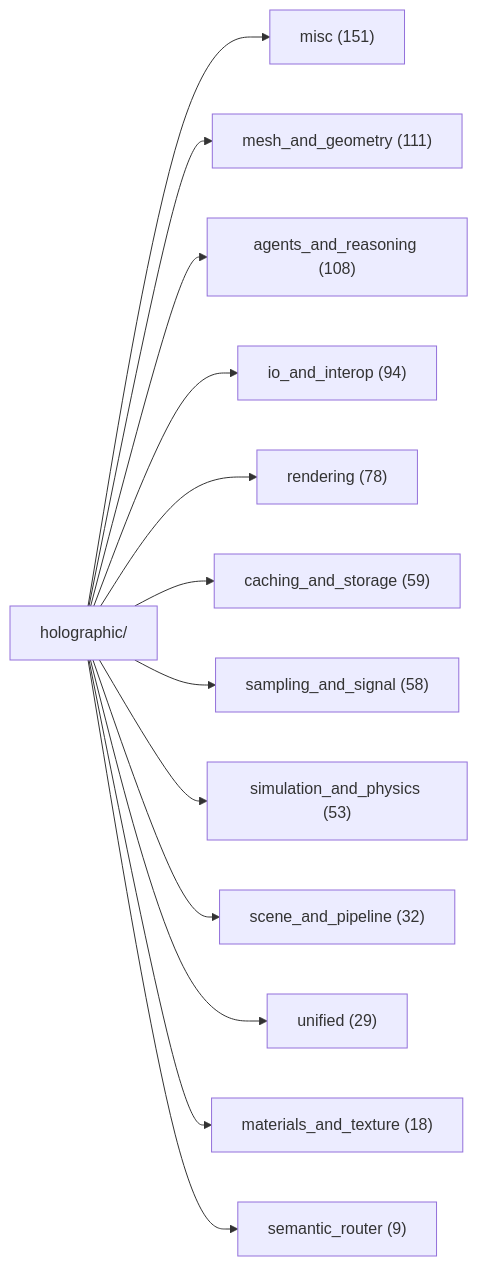
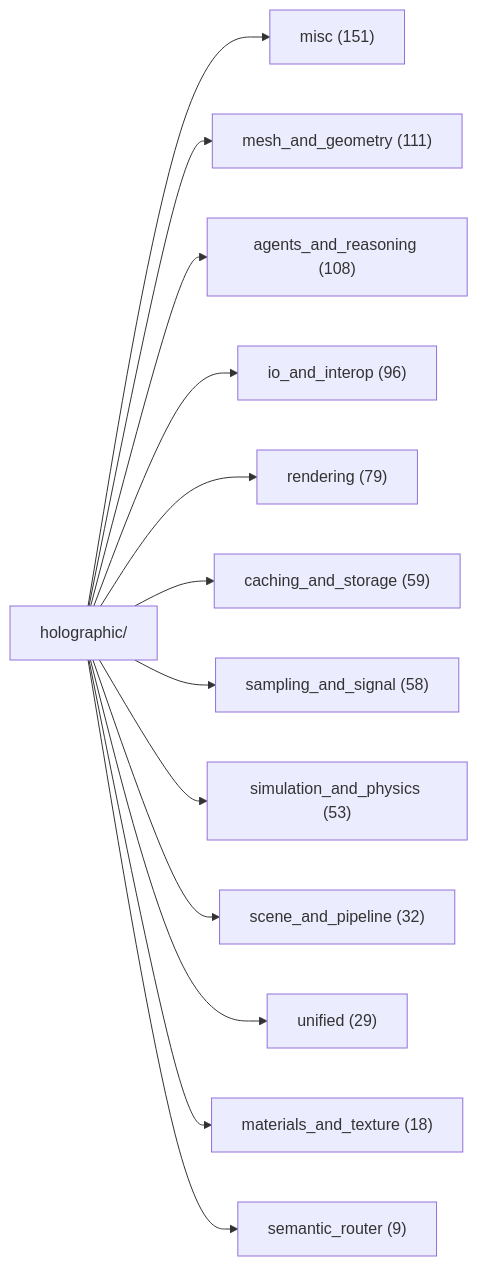
Before and after one commit to AnOversizedMooseWithSocks/leCore: the first of 2 diagrams in docs/DOC_MAP.md, drawn with Mermaid. The commit also changed other lines of this file and 3 other files, not shown here.

````diff
--- a/docs/DOC_MAP.md
+++ b/docs/DOC_MAP.md
@@ -39,16 +39,16 @@
 ```mermaid
 graph LR
     H[holographic/]
     H --> misc["misc (151)"]
     H --> mesh["mesh_and_geometry (111)"]
     H --> agen["agents_and_reasoning (108)"]
-    H --> io_a["io_and_interop (94)"]
-    H --> rend["rendering (78)"]
+    H --> io_a["io_and_interop (96)"]
+    H --> rend["rendering (79)"]
     H --> cach["caching_and_storage (59)"]
     H --> samp["sampling_and_signal (58)"]
     H --> simu["simulation_and_physics (53)"]
     H --> scen["scene_and_pipeline (32)"]
     H --> unif["unified (29)"]
     H --> mate["materials_and_texture (18)"]
     H --> sema["semantic_router (9)"]
 ```
````
